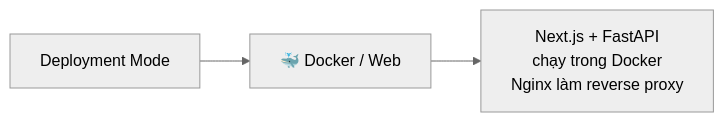
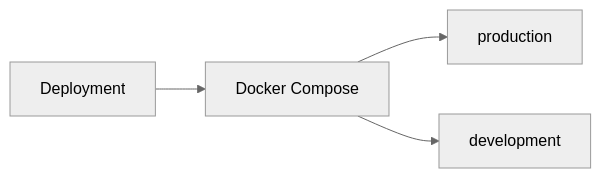
One commit to xuanthai-work/presenton-gapo changed the first of 2 diagrams in docs/architecture/00-overview.md. Above: the diagram before and after it, drawn with Mermaid (neutral theme). The commit also changed other lines of this file and 45 other files, not shown here.

````diff
--- a/docs/architecture/00-overview.md
+++ b/docs/architecture/00-overview.md
@@ -32,5 +32,6 @@
 ```mermaid
 flowchart LR
-    A[Deployment Mode] --> B[🐳 Docker / Web]
-    B --> B1[Next.js + FastAPI<br/>chạy trong Docker<br/>Nginx làm reverse proxy]
+    A[Deployment] --> B[Docker Compose]
+    B --> C[production]
+    B --> D[development]
 ```
````
